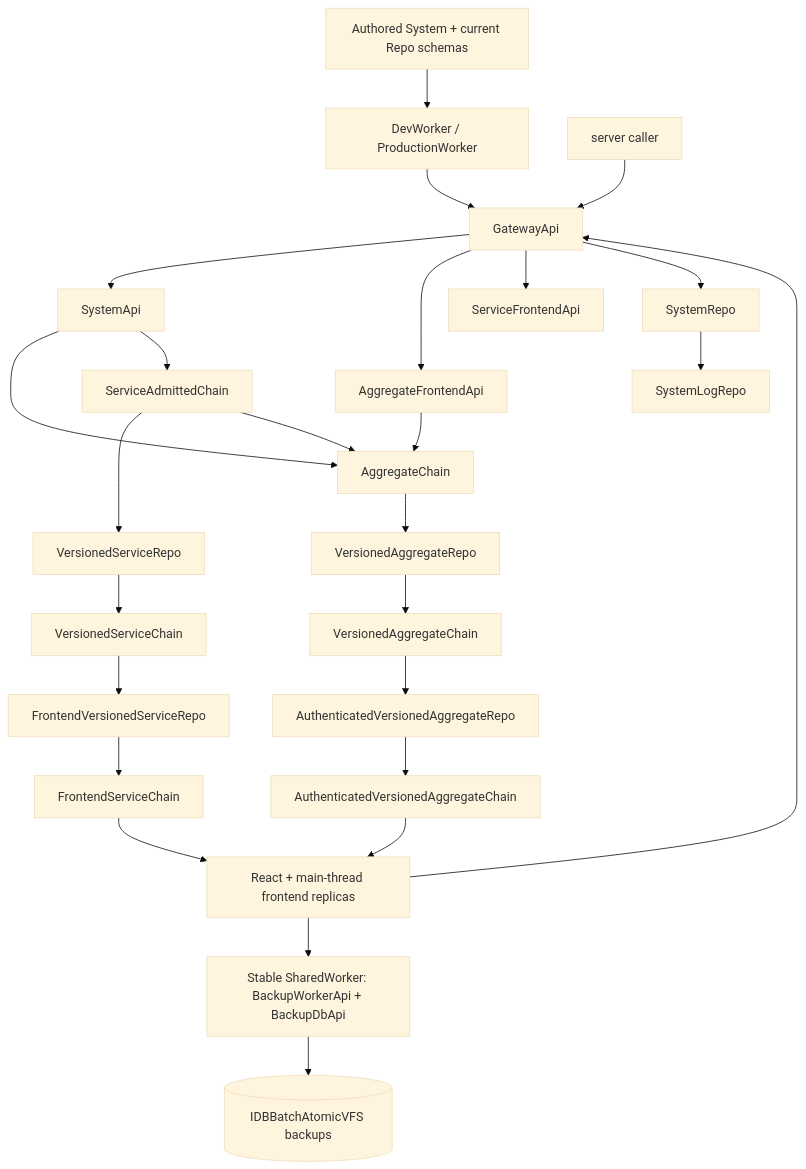
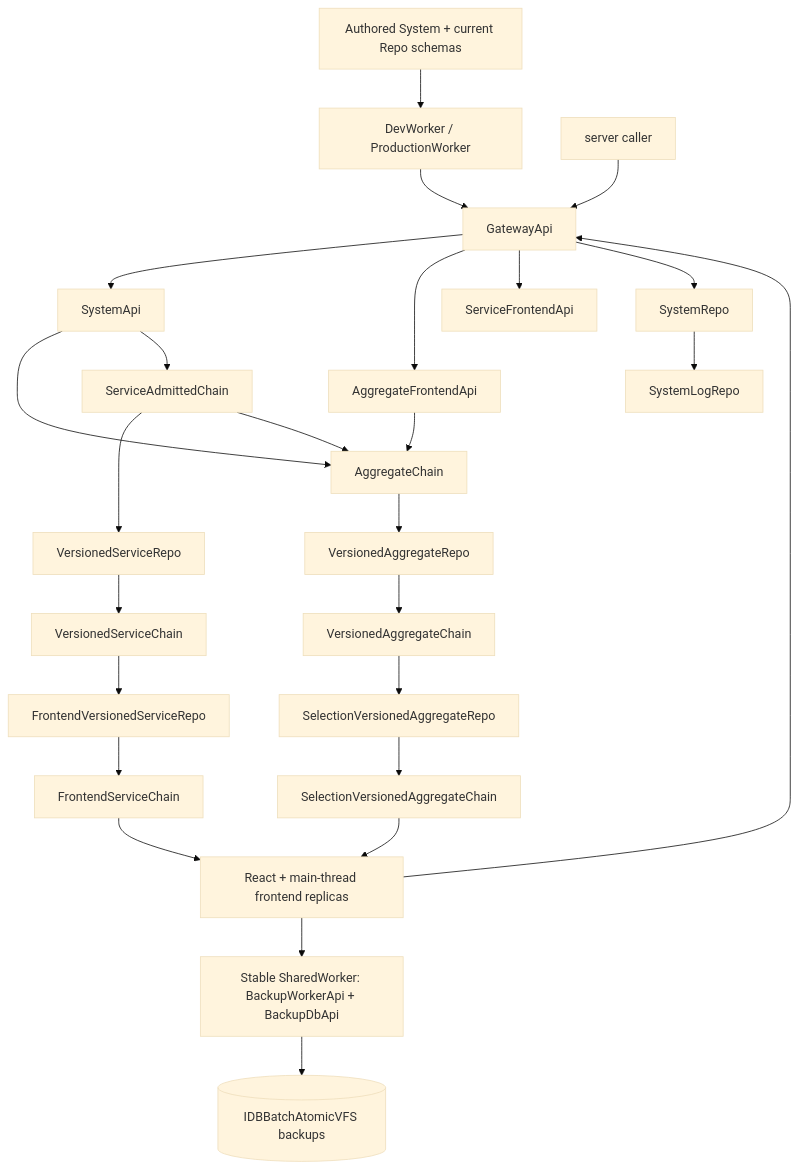
Before and after one commit to morgs32/qrk.sh: the diagram in wiki/overview.md, drawn with Mermaid (base theme). The commit also changed other lines of this file and 148 other files, not shown here.

````diff
--- a/wiki/overview.md
+++ b/wiki/overview.md
@@ -18,32 +18,32 @@
 ```mermaid
 flowchart TB
   Source["Authored System + current Repo schemas"] --> Worker["DevWorker / ProductionWorker"]
   Browser["React + main-thread frontend replicas"] --> Gateway[GatewayApi]
   Browser --> BackupWorker["Stable SharedWorker: BackupWorkerApi + BackupDbApi"]
   BackupWorker --> IndexedDB[(IDBBatchAtomicVFS backups)]
   Operator["server caller"] --> Gateway
   Worker --> Gateway
   Gateway --> SystemApi
   Gateway --> AggregateFrontendApi
   Gateway --> ServiceFrontendApi
 
   SystemApi --> AggregateChain
   SystemApi --> ServiceAdmittedChain
   AggregateFrontendApi --> AggregateChain
 
   AggregateChain --> VersionedAggregateRepo
   ServiceAdmittedChain --> VersionedServiceRepo
   ServiceAdmittedChain --> AggregateChain
   VersionedAggregateRepo --> VersionedAggregateChain
-  VersionedAggregateChain --> AuthenticatedVersionedAggregateRepo
+  VersionedAggregateChain --> SelectionVersionedAggregateRepo
   VersionedServiceRepo --> VersionedServiceChain
   VersionedServiceChain --> FrontendVersionedServiceRepo
 
-  AuthenticatedVersionedAggregateRepo --> AuthenticatedVersionedAggregateChain
+  SelectionVersionedAggregateRepo --> SelectionVersionedAggregateChain
   FrontendVersionedServiceRepo --> FrontendServiceChain
-  AuthenticatedVersionedAggregateChain --> Browser
+  SelectionVersionedAggregateChain --> Browser
   FrontendServiceChain --> Browser
 
   Gateway --> SystemRepo
   SystemRepo --> SystemLogRepo
 ```
````
